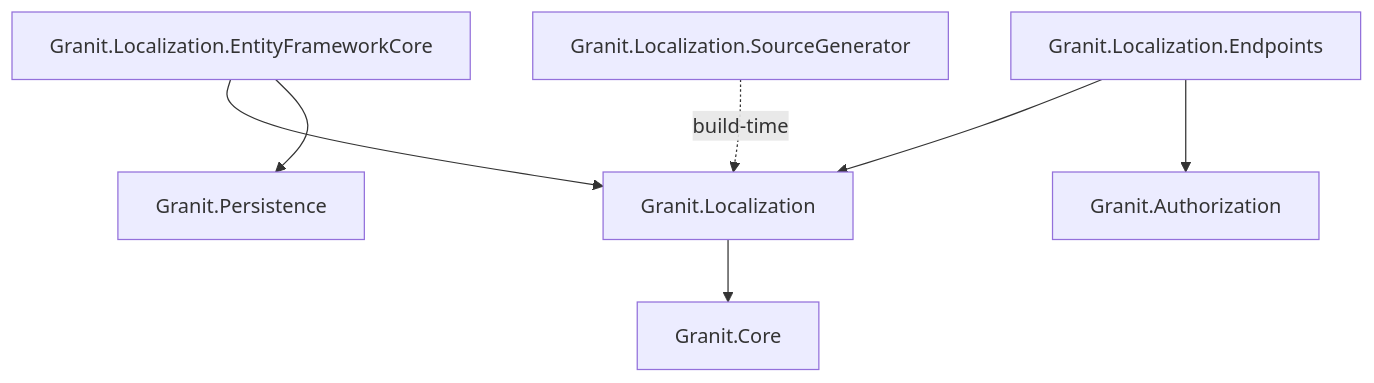
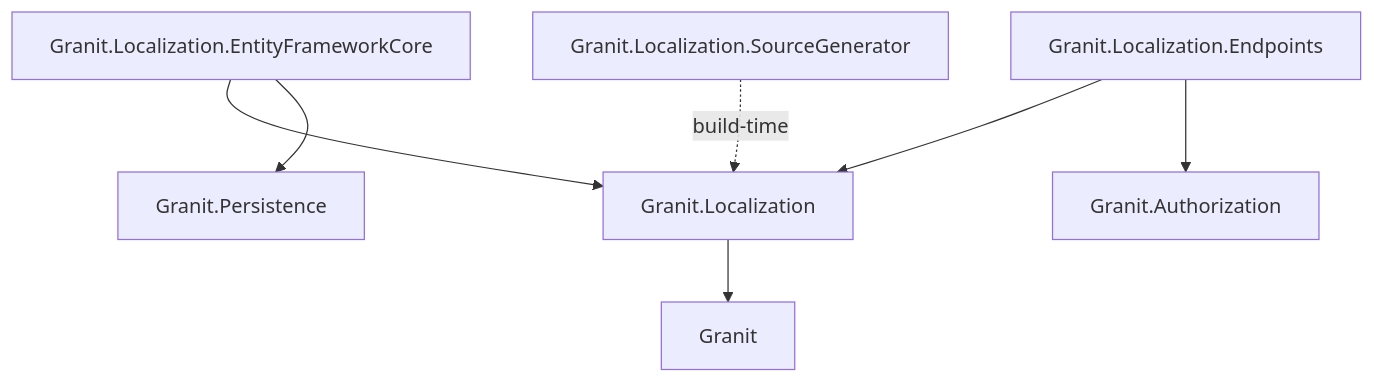
The first of 2 diagrams in docs-site/src/content/docs/dotnet/infrastructure/localization.mdx (granit-fx/granit-dotnet), drawn with Mermaid before and after one commit. The commit also changed other lines of this file and 153 other files, not shown here.

````diff
--- a/docs-site/src/content/docs/dotnet/infrastructure/localization.mdx
+++ b/docs-site/src/content/docs/dotnet/infrastructure/localization.mdx
@@ -45,9 +45,9 @@
 ```mermaid
 graph TD
-    L[Granit.Localization] --> CO[Granit.Core]
+    L[Granit.Localization] --> CO[Granit]
     EF[Granit.Localization.EntityFrameworkCore] --> L
     EF --> P[Granit.Persistence]
     EP[Granit.Localization.Endpoints] --> L
     EP --> A[Granit.Authorization]
     SG[Granit.Localization.SourceGenerator] -.->|build-time| L
 ```
````
